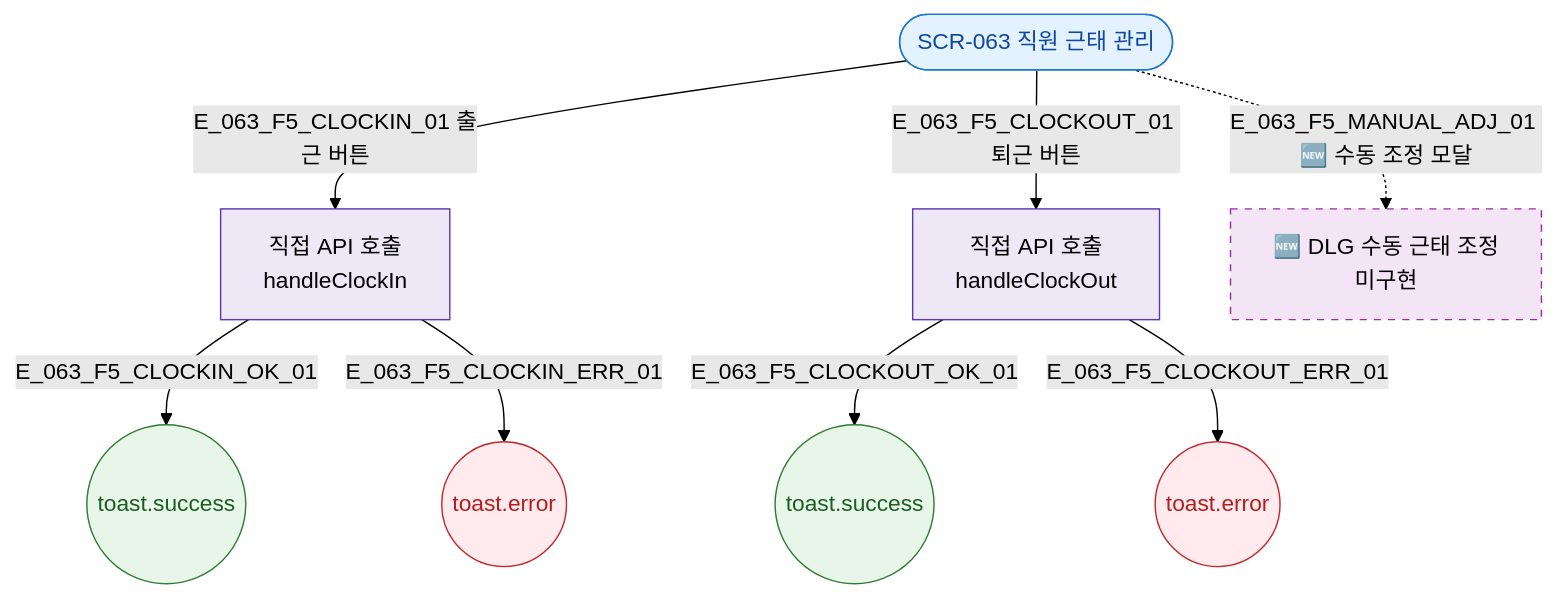
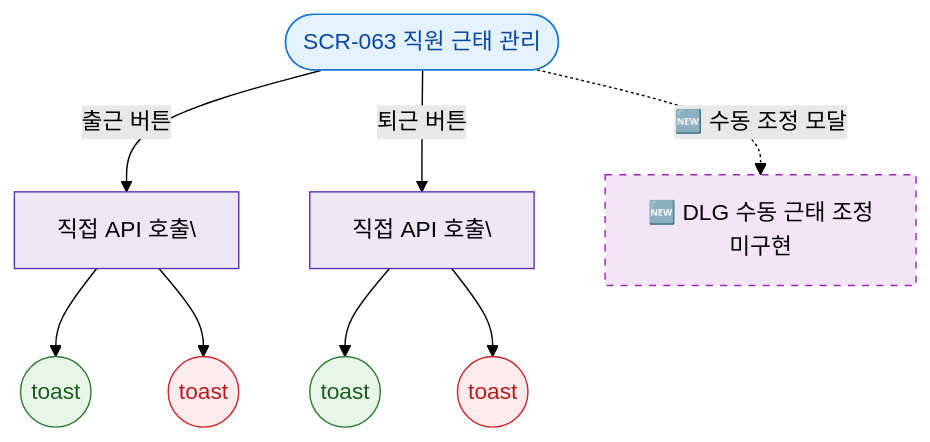
Before and after one commit to dev-spogym/admin-pando: the diagram in docs/다이어그램/D07_직원관리/SCR-063_직원근태관리/F5_모달트리거.md, drawn with Mermaid (forest theme). The commit also changed other lines of this file and 1660 other files, not shown here.

First line of the commit message:
다이어그램: 기획자/클라이언트 납품본으로 정리

````diff
--- a/docs/다이어그램/D07_직원관리/SCR-063_직원근태관리/F5_모달트리거.md
+++ b/docs/다이어그램/D07_직원관리/SCR-063_직원근태관리/F5_모달트리거.md
@@ -18,27 +16,27 @@
 ```mermaid
 flowchart TD
   SCR_063([SCR-063 직원 근태 관리])
 
-  SCR_063 -->|E_063_F5_CLOCKIN_01 출근 버튼| CLOCKIN_API[직접 API 호출\nhandleClockIn]
-  SCR_063 -->|E_063_F5_CLOCKOUT_01 퇴근 버튼| CLOCKOUT_API[직접 API 호출\nhandleClockOut]
+  SCR_063 -->|출근 버튼|CLOCKIN_API[직접 API 호출\]
+  SCR_063 -->|퇴근 버튼|CLOCKOUT_API[직접 API 호출\]
 
-  CLOCKIN_API -->|E_063_F5_CLOCKIN_OK_01| TOAST_OK((toast.success))
-  CLOCKIN_API -->|E_063_F5_CLOCKIN_ERR_01| TOAST_ERR((toast.error))
+  CLOCKIN_API --> TOAST_OK((toast))
+  CLOCKIN_API --> TOAST_ERR((toast))
 
-  CLOCKOUT_API -->|E_063_F5_CLOCKOUT_OK_01| TOAST_OK2((toast.success))
-  CLOCKOUT_API -->|E_063_F5_CLOCKOUT_ERR_01| TOAST_ERR2((toast.error))
+  CLOCKOUT_API --> TOAST_OK2((toast))
+  CLOCKOUT_API --> TOAST_ERR2((toast))
 
-  SCR_063 -.->|E_063_F5_MANUAL_ADJ_01 🆕 수동 조정 모달| DLG_MANUAL[🆕 DLG 수동 근태 조정\n미구현]
+  SCR_063 -.->|🆕 수동 조정 모달|DLG_MANUAL[🆕 DLG 수동 근태 조정\n미구현]
 
-  classDef screen     fill:#E3F2FD,stroke:#1976D2,color:#0D47A1
-  classDef system     fill:#EDE7F6,stroke:#5E35B2
-  classDef success    fill:#E8F5E9,stroke:#2E7D32,color:#1B5E20
-  classDef error      fill:#FFEBEE,stroke:#C62828,color:#B71C1C
+  classDef screen fill:#E3F2FD,stroke:#1976D2,color:#0D47A1
+  classDef system fill:#EDE7F6,stroke:#5E35B2
+  classDef success fill:#E8F5E9,stroke:#2E7D32,color:#1B5E20
+  classDef error fill:#FFEBEE,stroke:#C62828,color:#B71C1C
   classDef newFeature fill:#F3E5F5,stroke:#9C27B0,stroke-dasharray:5 5
 
   class SCR_063 screen
   class CLOCKIN_API,CLOCKOUT_API system
   class TOAST_OK,TOAST_OK2 success
   class TOAST_ERR,TOAST_ERR2 error
   class DLG_MANUAL newFeature
 ```
````
